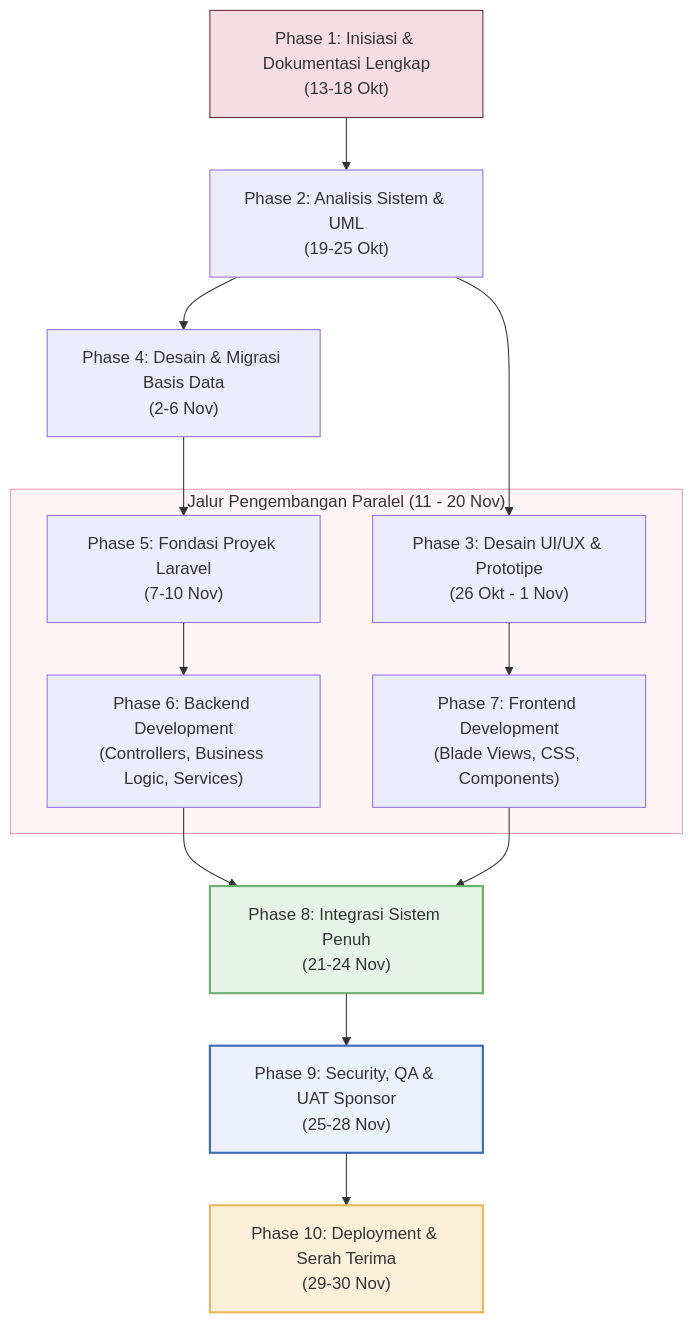
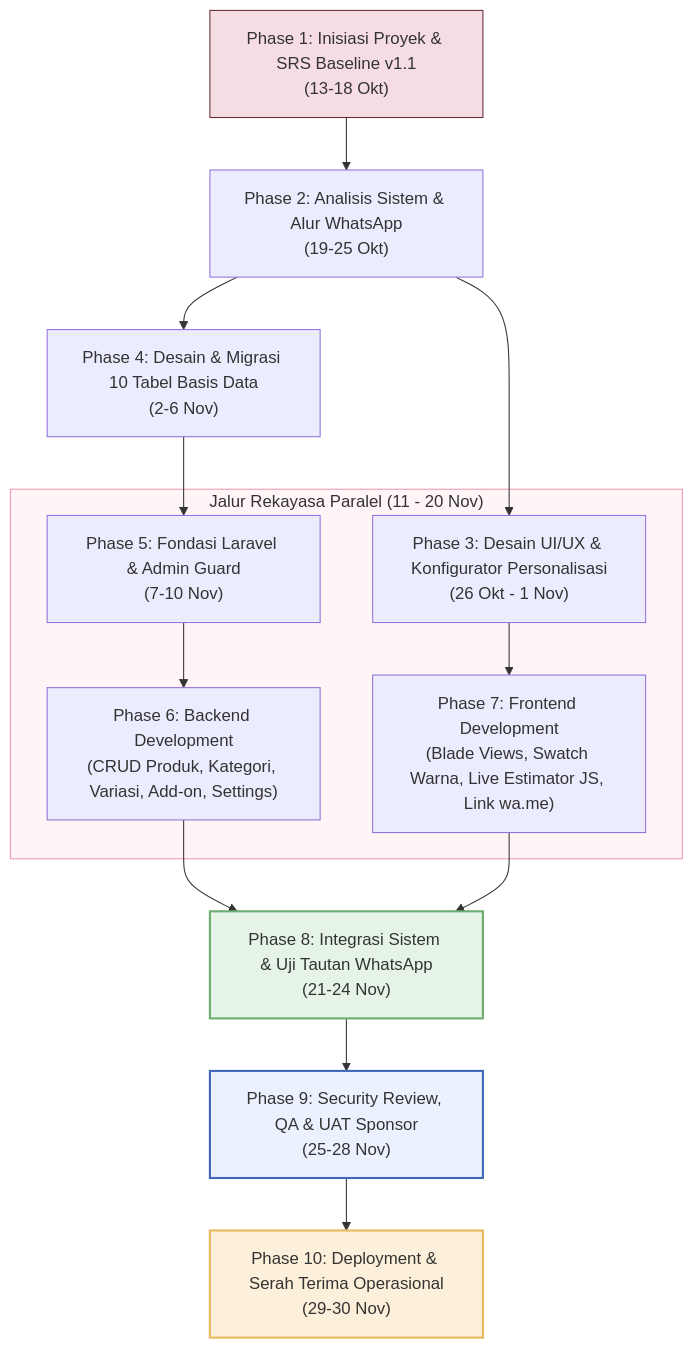
The diagram in implementation-plan.md (Elfend11/buketbunga), drawn with Mermaid before and after one commit. The commit also changed other lines of this file and 89 other files, not shown here.

````diff
--- a/implementation-plan.md
+++ b/implementation-plan.md
@@ -48,23 +50,23 @@
 ```mermaid
 flowchart TD
-    P1["Phase 1: Inisiasi & Dokumentasi Lengkap<br>(13-18 Okt)"] --> P2["Phase 2: Analisis Sistem & UML<br>(19-25 Okt)"]
-    P2 --> P3["Phase 3: Desain UI/UX & Prototipe<br>(26 Okt - 1 Nov)"]
-    P2 --> P4["Phase 4: Desain & Migrasi Basis Data<br>(2-6 Nov)"]
-    P4 --> P5["Phase 5: Fondasi Proyek Laravel<br>(7-10 Nov)"]
+    P1["Phase 1: Inisiasi Proyek & SRS Baseline v1.1<br>(13-18 Okt)"] --> P2["Phase 2: Analisis Sistem & Alur WhatsApp<br>(19-25 Okt)"]
+    P2 --> P3["Phase 3: Desain UI/UX & Konfigurator Personalisasi<br>(26 Okt - 1 Nov)"]
+    P2 --> P4["Phase 4: Desain & Migrasi 10 Tabel Basis Data<br>(2-6 Nov)"]
+    P4 --> P5["Phase 5: Fondasi Laravel & Admin Guard<br>(7-10 Nov)"]
     
-    subgraph Parallel_Dev ["Jalur Pengembangan Paralel (11 - 20 Nov)"]
-        P5 --> P6["Phase 6: Backend Development<br>(Controllers, Business Logic, Services)"]
-        P3 --> P7["Phase 7: Frontend Development<br>(Blade Views, CSS, Components)"]
+    subgraph Parallel_Dev ["Jalur Rekayasa Paralel (11 - 20 Nov)"]
+        P5 --> P6["Phase 6: Backend Development<br>(CRUD Produk, Kategori, Variasi, Add-on, Settings)"]
+        P3 --> P7["Phase 7: Frontend Development<br>(Blade Views, Swatch Warna, Live Estimator JS, Link wa.me)"]
     end
 
-    P6 --> P8["Phase 8: Integrasi Sistem Penuh<br>(21-24 Nov)"]
+    P6 --> P8["Phase 8: Integrasi Sistem & Uji Tautan WhatsApp<br>(21-24 Nov)"]
     P7 --> P8
-    P8 --> P9["Phase 9: Security, QA & UAT Sponsor<br>(25-28 Nov)"]
-    P9 --> P10["Phase 10: Deployment & Serah Terima<br>(29-30 Nov)"]
+    P8 --> P9["Phase 9: Security Review, QA & UAT Sponsor<br>(25-28 Nov)"]
+    P9 --> P10["Phase 10: Deployment & Serah Terima Operasional<br>(29-30 Nov)"]
 
     style P1 fill:#f6dde3,stroke:#642d36,stroke-width:1px
     style Parallel_Dev fill:#fff5f6,stroke:#e99aaf,stroke-width:1px
     style P8 fill:#e5f4e7,stroke:#6ead70,stroke-width:2px
     style P9 fill:#ebf1fe,stroke:#3e68b8,stroke-width:2px
     style P10 fill:#fdf0da,stroke:#e8b85b,stroke-width:2px
 ```
````
